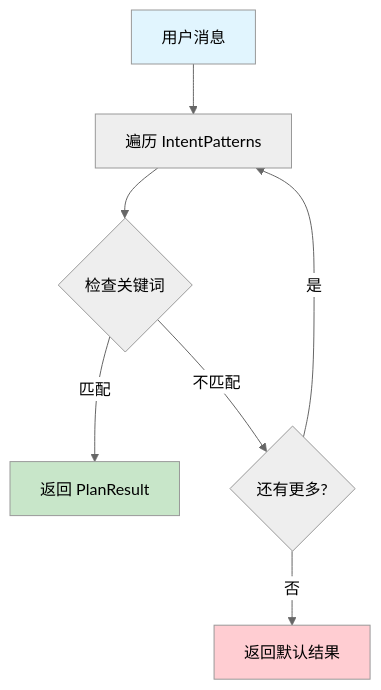
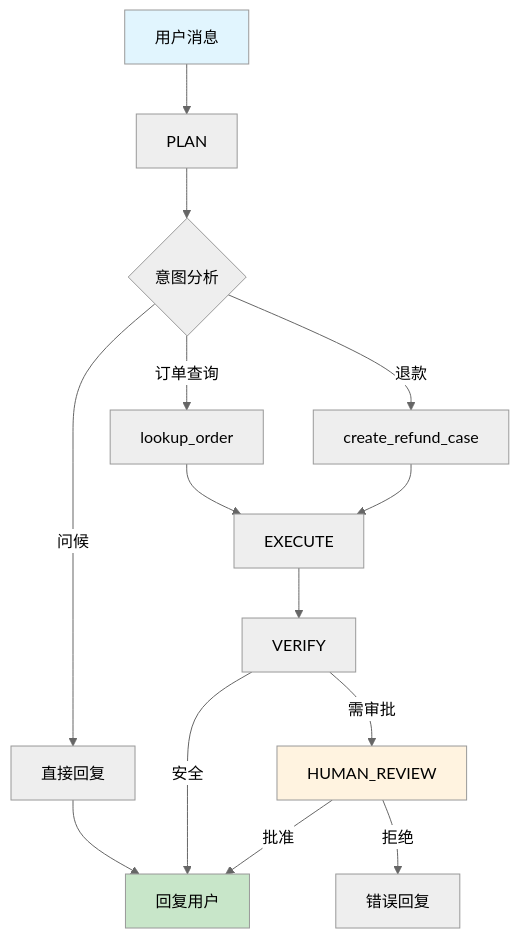
The sixth of 15 diagrams in report/DeepEval.1.0.md (VincentGum/deep_eval_demo), drawn with Mermaid (neutral theme) before and after one commit. The commit also changed other lines of this file and 3 other files, not shown here.

````diff
--- a/report/DeepEval.1.0.md
+++ b/report/DeepEval.1.0.md
@@ -325,13 +208,22 @@
 ```mermaid
 flowchart TD
-    A[用户消息] --> B[遍历 IntentPatterns]
-    B --> C{检查关键词}
-    C -->|匹配| D[返回 PlanResult]
-    C -->|不匹配| E{还有更多?}
-    E -->|是| B
-    E -->|否| F[返回默认结果]
-    
+    A[用户消息] --> B[PLAN]
+    B --> C{意图分析}
+    C -->|订单查询| D[lookup_order]
+    C -->|退款| E[create_refund_case]
+    C -->|问候| F[直接回复]
+
+    D --> G[EXECUTE]
+    E --> G
+    F --> J
+
+    G --> H[VERIFY]
+    H -->|安全| J[回复用户]
+    H -->|需审批| I[HUMAN_REVIEW]
+    I -->|批准| J
+    I -->|拒绝| K[错误回复]
+
     style A fill:#e1f5fe
-    style D fill:#c8e6c9
-    style F fill:#ffcdd2
+    style J fill:#c8e6c9
+    style I fill:#fff3e0
 ```
````
